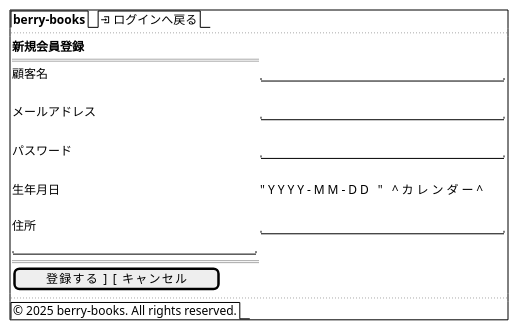
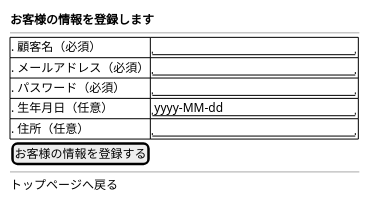
Before and after one commit to KenyaSaitoh/ai_dev_training_202512: the second of 3 diagrams in projects/java/berry-books-mvc-sdd/specs/baseline/features/F_004_customer_auth/screen_design.md, drawn with PlantUML. The commit also changed other lines of this file and 99 other files, not shown here.

````diff
--- a/projects/java/berry-books-mvc-sdd/specs/baseline/features/F_004_customer_auth/screen_design.md
+++ b/projects/java/berry-books-mvc-sdd/specs/baseline/features/F_004_customer_auth/screen_design.md
@@ -63,26 +60,18 @@
 ```plantuml
 @startsalt
-{+
-  {/ <b>berry-books</b> | <&account-login> ログインへ戻る }
-  ..
-  {
-    <b>新規会員登録</b>
-    ==
-    顧客名          | "                              " 
-    .
-    メールアドレス   | "                              "
-    .
-    パスワード      | "                              "
-    .
-    生年月日        | "YYYY-MM-DD                    " ^カレンダー^
-    .
-    住所            | "                              "
-                    | "                              "
-    ==
-    [    登録する    ]  [  キャンセル  ]
+{
+  <b>お客様の情報を登録します</b>
+  --
+  {#
+    . 顧客名（必須）       | "                         "
+    . メールアドレス（必須） | "                         "
+    . パスワード（必須）    | "                         "
+    . 生年月日（任意）     | "yyyy-MM-dd               "
+    . 住所（任意）        | "                         "
   }
-  ..
-  {/ © 2025 berry-books. All rights reserved. }
+  [  お客様の情報を登録する  ]
+  --
+  トップページへ戻る
 }
 @endsalt
 ```
````
